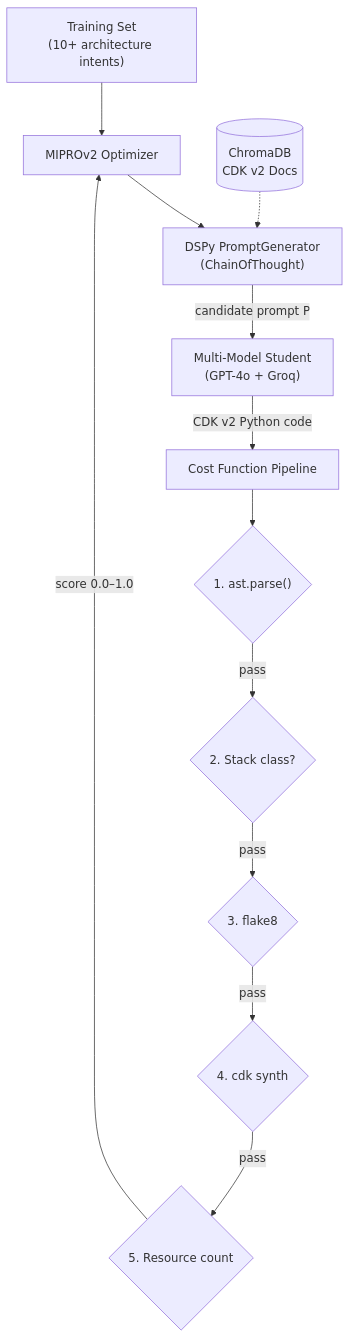
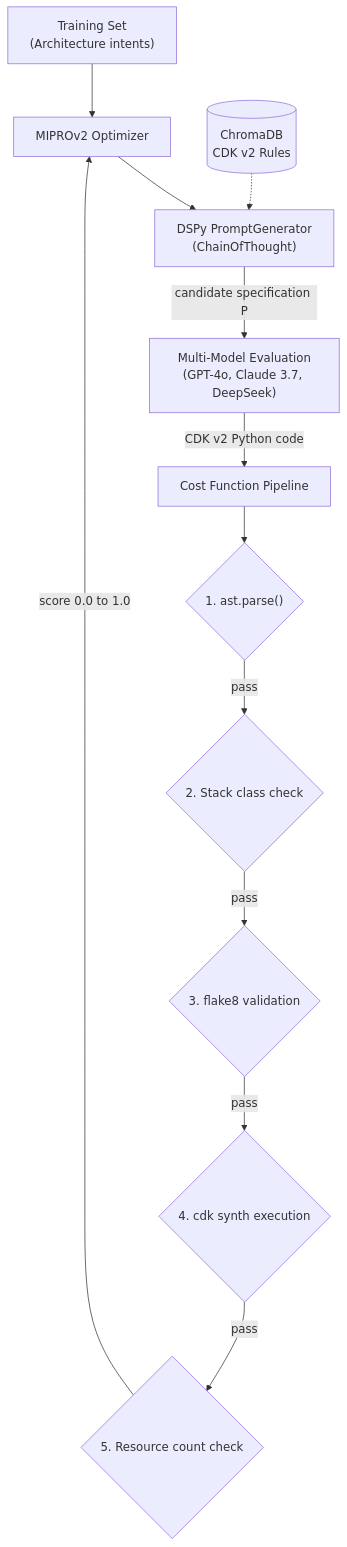
The diagram in README.md (vjb/iac-self-healer), drawn with Mermaid before and after one commit. The commit also changed other lines of this file and 2 other files, not shown here.

Commit message:
docs: Institutionalize documentation per anti-bs rules

````diff
--- a/README.md
+++ b/README.md
@@ -13,17 +13,17 @@
 ```mermaid
 graph TD
-    A["Training Set<br/>(10+ architecture intents)"] --> B["MIPROv2 Optimizer"]
+    A["Training Set<br/>(Architecture intents)"] --> B["MIPROv2 Optimizer"]
     B --> C["DSPy PromptGenerator<br/>(ChainOfThought)"]
-    C --> |"candidate prompt P"| D["Multi-Model Student<br/>(GPT-4o + Groq)"]
+    C --> |"candidate specification P"| D["Multi-Model Evaluation<br/>(GPT-4o, Claude 3.7, DeepSeek)"]
     D --> |"CDK v2 Python code"| E["Cost Function Pipeline"]
 
     E --> F{"1. ast.parse()"}
-    F --> |pass| G{"2. Stack class?"}
-    G --> |pass| H{"3. flake8"}
-    H --> |pass| I{"4. cdk synth"}
-    I --> |pass| J{"5. Resource count"}
+    F --> |pass| G{"2. Stack class check"}
+    G --> |pass| H{"3. flake8 validation"}
+    H --> |pass| I{"4. cdk synth execution"}
+    I --> |pass| J{"5. Resource count check"}
 
-    J --> |"score 0.0–1.0"| B
+    J --> |"score 0.0 to 1.0"| B
 
-    K[("ChromaDB<br/>CDK v2 Docs")] -.-> C
+    K[("ChromaDB<br/>CDK v2 Rules")] -.-> C
 ```
````
